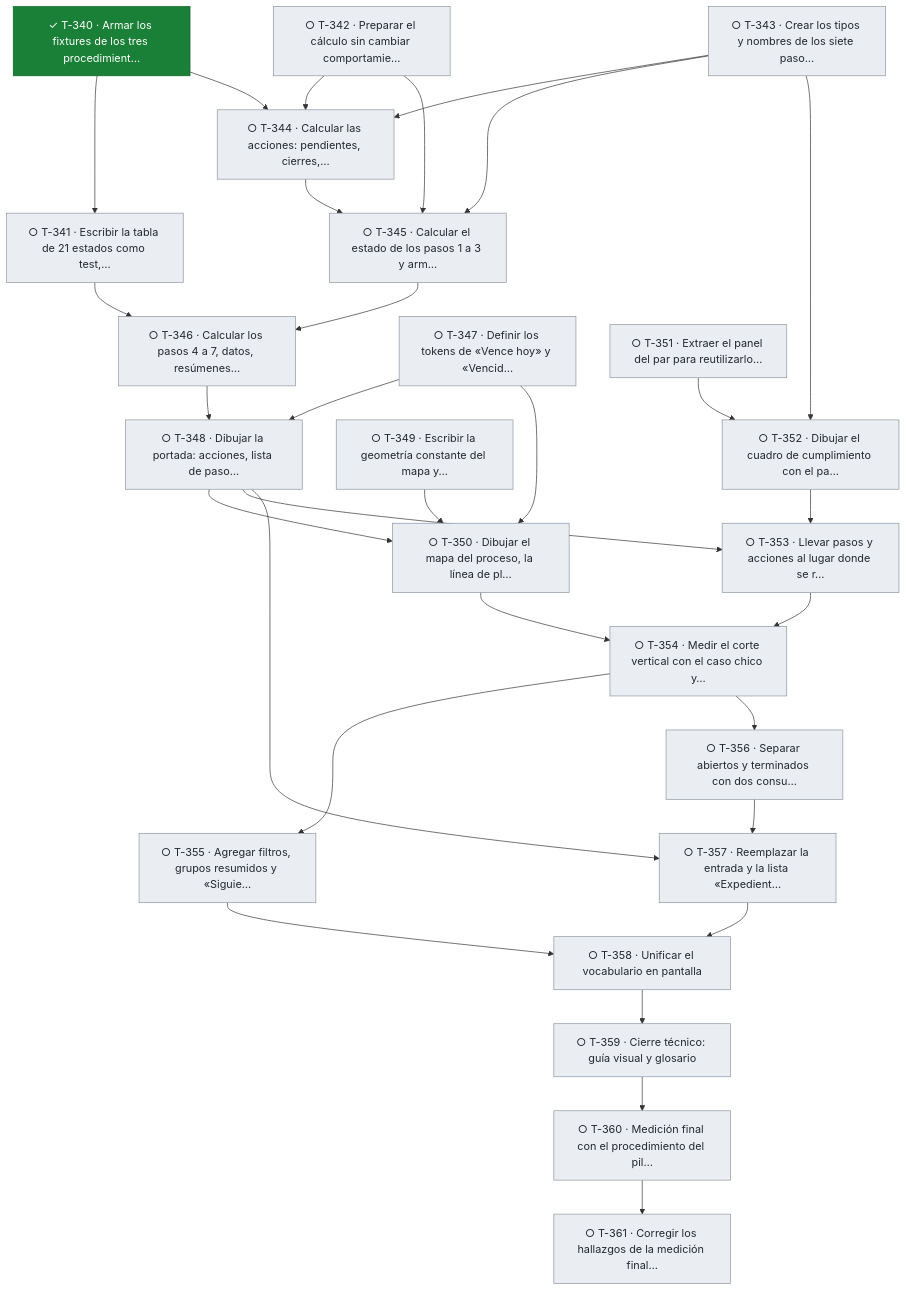
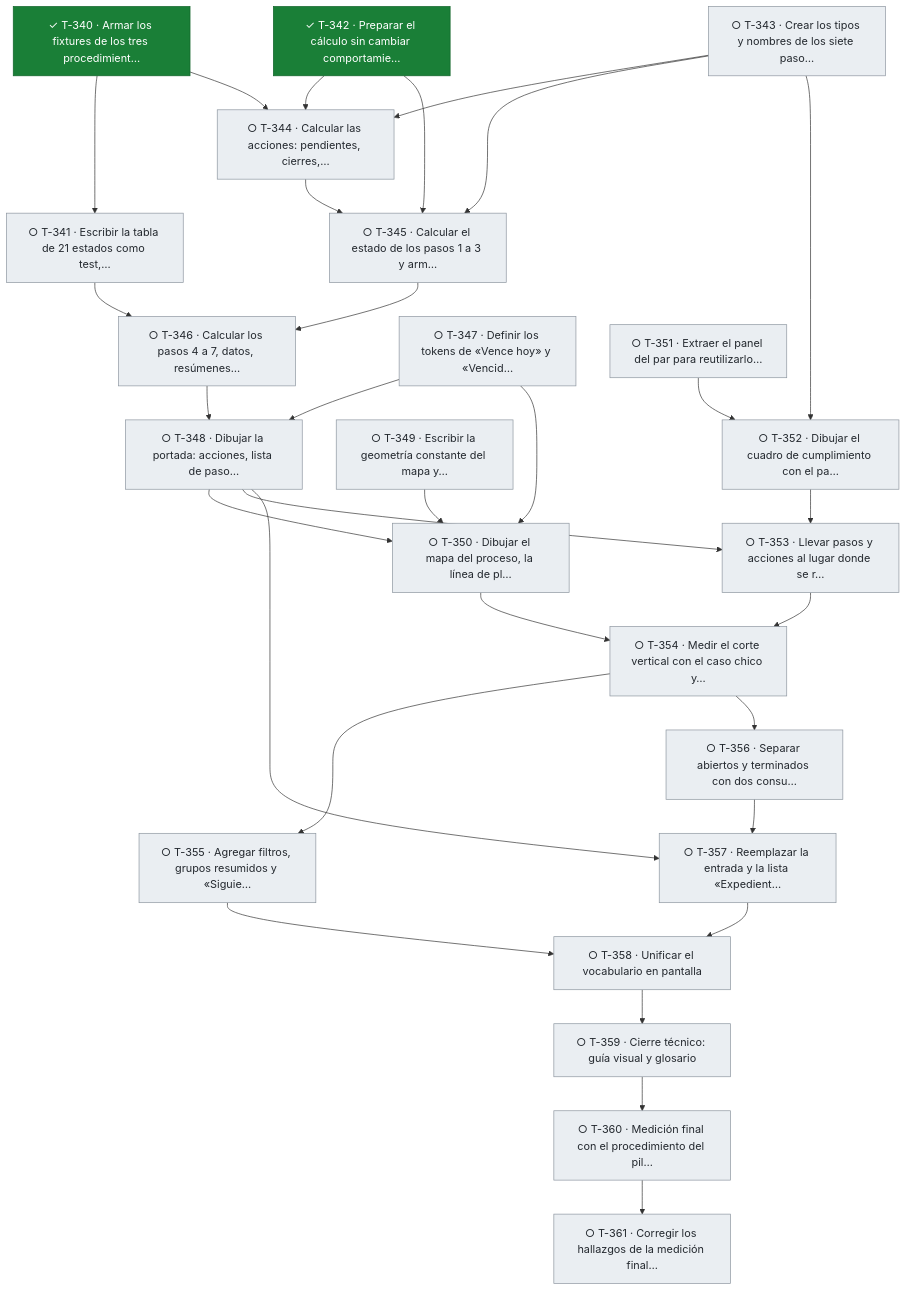
Diagram 25 of 25 in docs/tablero.md (snavello/EVALUON), drawn with Mermaid before and after one commit. The commit also changed other lines of this file and 1 other file, not shown here.

````diff
--- a/docs/tablero.md
+++ b/docs/tablero.md
@@ -1922,59 +1922,59 @@
 ```mermaid
 flowchart TD
   T340["✓ T-340 · Armar los fixtures de los tres procedimient…"]:::done
   T341["○ T-341 · Escribir la tabla de 21 estados como test,…"]:::todo
-  T342["○ T-342 · Preparar el cálculo sin cambiar comportamie…"]:::todo
+  T342["✓ T-342 · Preparar el cálculo sin cambiar comportamie…"]:::done
   T343["○ T-343 · Crear los tipos y nombres de los siete paso…"]:::todo
   T344["○ T-344 · Calcular las acciones: pendientes, cierres,…"]:::todo
   T345["○ T-345 · Calcular el estado de los pasos 1 a 3 y arm…"]:::todo
   T346["○ T-346 · Calcular los pasos 4 a 7, datos, resúmenes…"]:::todo
   T347["○ T-347 · Definir los tokens de «Vence hoy» y «Vencid…"]:::todo
   T348["○ T-348 · Dibujar la portada: acciones, lista de paso…"]:::todo
   T349["○ T-349 · Escribir la geometría constante del mapa y…"]:::todo
   T350["○ T-350 · Dibujar el mapa del proceso, la línea de pl…"]:::todo
   T351["○ T-351 · Extraer el panel del par para reutilizarlo…"]:::todo
   T352["○ T-352 · Dibujar el cuadro de cumplimiento con el pa…"]:::todo
   T353["○ T-353 · Llevar pasos y acciones al lugar donde se r…"]:::todo
   T354["○ T-354 · Medir el corte vertical con el caso chico y…"]:::todo
   T355["○ T-355 · Agregar filtros, grupos resumidos y «Siguie…"]:::todo
   T356["○ T-356 · Separar abiertos y terminados con dos consu…"]:::todo
   T357["○ T-357 · Reemplazar la entrada y la lista «Expedient…"]:::todo
   T358["○ T-358 · Unificar el vocabulario en pantalla"]:::todo
   T359["○ T-359 · Cierre técnico: guía visual y glosario"]:::todo
   T360["○ T-360 · Medición final con el procedimiento del pil…"]:::todo
   T361["○ T-361 · Corregir los hallazgos de la medición final…"]:::todo
   T340 --> T341
   T340 --> T344
   T342 --> T344
   T343 --> T344
   T342 --> T345
   T343 --> T345
   T344 --> T345
   T341 --> T346
   T345 --> T346
   T346 --> T348
   T347 --> T348
   T347 --> T350
   T348 --> T350
   T349 --> T350
   T343 --> T352
   T351 --> T352
   T348 --> T353
   T352 --> T353
   T350 --> T354
   T353 --> T354
   T354 --> T355
   T354 --> T356
   T348 --> T357
   T356 --> T357
   T355 --> T358
   T357 --> T358
   T358 --> T359
   T359 --> T360
   T360 --> T361
   classDef done fill:#1a7f37,stroke:#116329,color:#ffffff
   classDef review fill:#0969da,stroke:#0550ae,color:#ffffff
   classDef active fill:#bf8700,stroke:#7d4e00,color:#ffffff
   classDef blocked fill:#cf222e,stroke:#a40e26,color:#ffffff
   classDef todo fill:#eaeef2,stroke:#8c959f,color:#24292f
 ```
````
